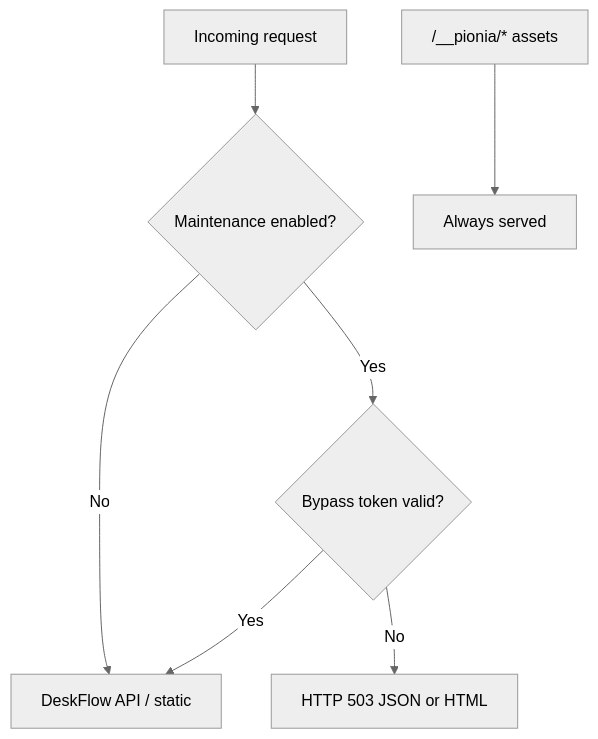
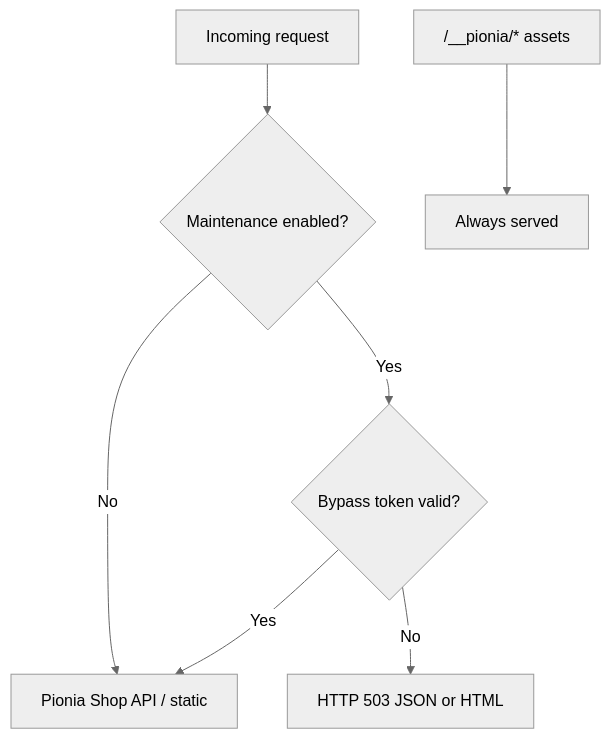
Before and after one commit to PioniaPHP-project/pionia-docs: the diagram in content/docs/documentation/operations/maintenance.md, drawn with Mermaid (neutral theme). The commit also changed other lines of this file and 268 other files, not shown here.

```diff
--- a/content/docs/documentation/operations/maintenance.md
+++ b/content/docs/documentation/operations/maintenance.md
@@ -35,9 +35,9 @@
 {{< mermaid >}}
 flowchart TD
   Req[Incoming request] --> Gate{Maintenance enabled?}
-  Gate -->|No| App["DeskFlow API / static"]
+  Gate -->|No| App["Pionia Shop API / static"]
   Gate -->|Yes| Bypass{Bypass token valid?}
   Bypass -->|Yes| App
   Bypass -->|No| Block[HTTP 503 JSON or HTML]
   Assets["/__pionia/* assets"] --> Always[Always served]
 {{< /mermaid >}}
```
